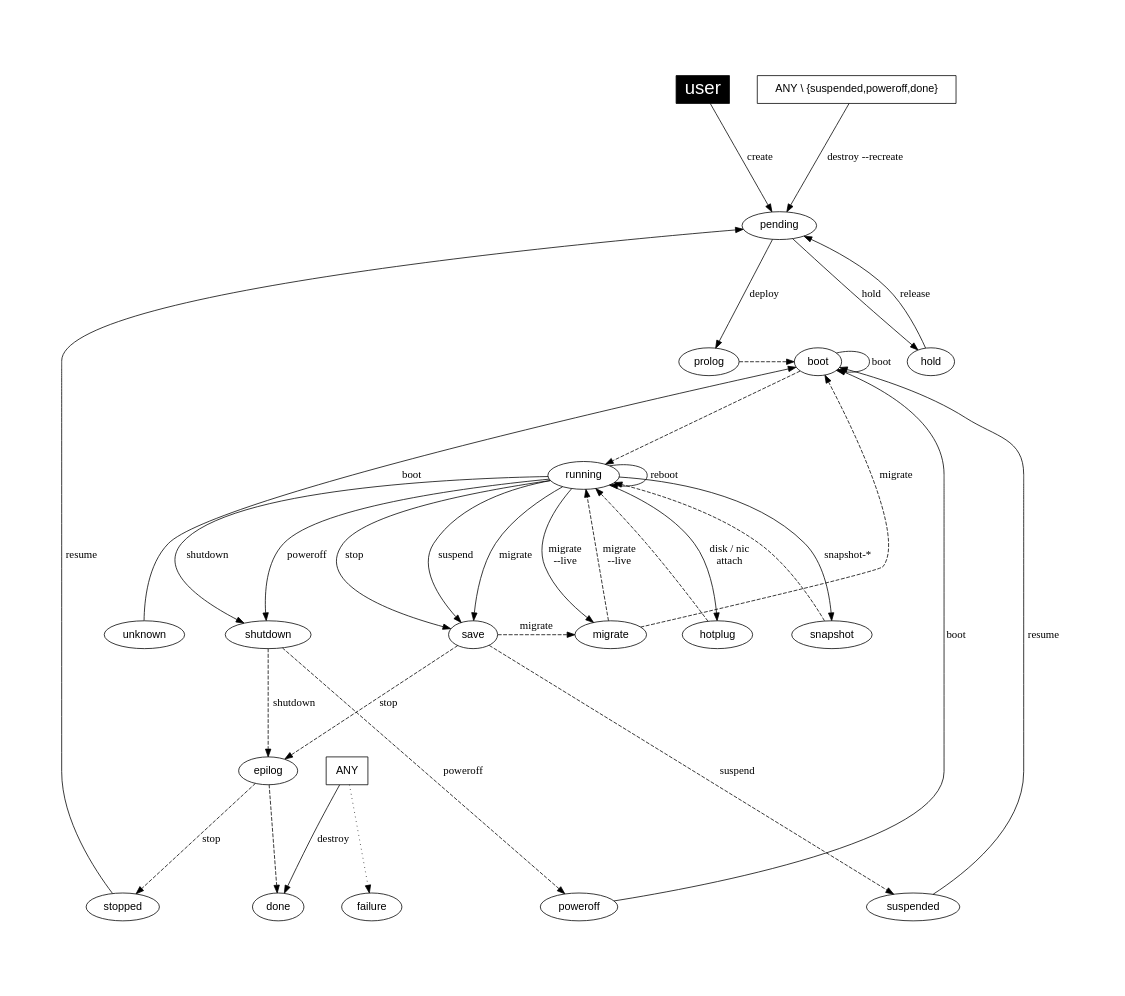
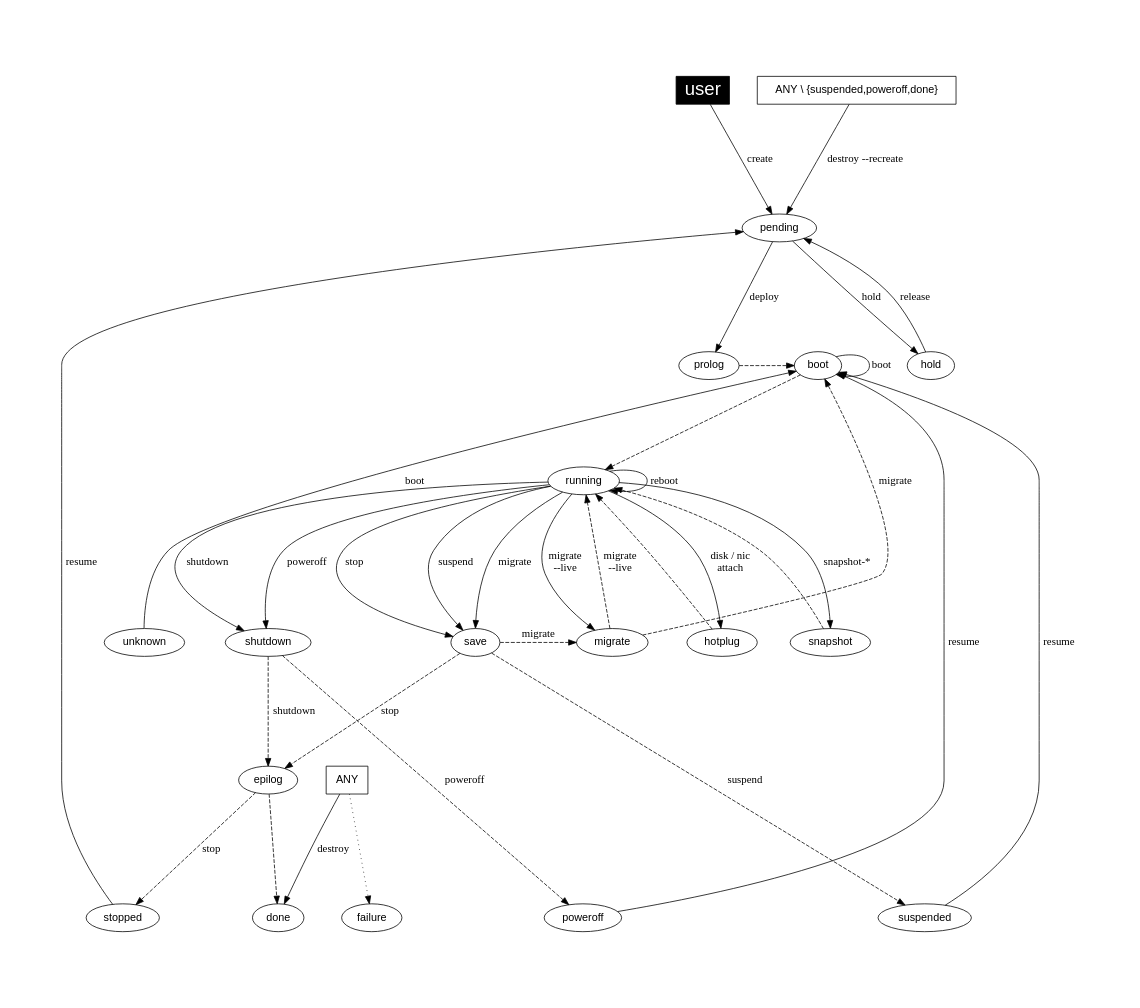
Before and after one commit to OpenNebula/one: the diagram in share/doc/states/states-simple.dot, drawn with Graphviz. The commit also changed 3 other files, not shown here.

Commit message:
Feature #1797: The action to wake up a poweroff VM is now 'resume'

```diff
--- a/share/doc/states/states-simple.dot
+++ b/share/doc/states/states-simple.dot
@@ -1,98 +1,98 @@
 
 
 digraph OpenNebula {
     graph [
         nodesep= 0.5,
         ratio=1,
         pad=1,
     ];
 
     node [fontname="Helvetica"];
     edge [fontname="Menlo"];
     
     user [
         fillcolor="black",
         style="filled", shape="box",
         fontcolor="white", fontsize= "24.0"];
 
     ANY [ shape="box" ];
     "ANY \\ {suspended,poweroff,done}" [ shape="box" ];
 
     subgraph { rank = min; user}
 #    subgraph { rank = same; pending; hold; color="white"}
     subgraph { rank = same; prolog; boot; color="white" }
     subgraph { rank = same; migrate; save; shutdown; unknown; hotplug; snapshot;
         color="white" }
     subgraph { rank = max; suspended; done; failure; stopped; poweroff; color="white" }
 
 #   create
     user -> pending [label="create"];
 
 #   deploy
     pending     -> prolog [label="deploy"];
     prolog      -> boot [style="dashed"];
     boot        -> running [style="dashed"];
 
 #   shutdown
     running     -> shutdown [label="shutdown"];
     shutdown    -> epilog [label="shutdown", style="dashed"];
     epilog      -> done [style="dashed"];
 
 #   poweroff
     running     -> shutdown [label="poweroff"];
     shutdown    -> poweroff [label="poweroff", style="dashed"];
 
 #   livemigrate
     running     -> migrate [label="migrate\n--live"];
     migrate     -> running [label="migrate\n--live", style="dashed"];
 
 #   migrate
     running     -> save [label="migrate"];
     save        -> migrate [label="migrate", style="dashed"];
     migrate     -> boot [label="migrate", style="dashed"];
 
 #   hold
     pending     -> hold [label="hold"];
 
 #   release
     hold        -> pending [label="release"];
 
 #   stop
     running     -> save [label="stop"];
     save        -> epilog [label="stop", style="dashed"];
     epilog      -> stopped [label="stop", style="dashed"];
 
 #   suspend
     running     -> save [label="suspend"];
     save        -> suspended [label="suspend", style="dashed"];
 
 #   resume
     stopped     -> pending [label="resume"];
     suspended   -> boot [label="resume"];
+    poweroff    -> boot [label="resume"];
 
 #   delete
     ANY         -> done [label="destroy"];
 
 #   restart
     unknown     -> boot [label="boot"];
     boot        -> boot [label="boot"];
-    poweroff    -> boot [label="boot"];
 
 #   reboot
     running     -> running [label="reboot"];
 
 #   disk-attach nic-attach
 #    running     -> hotplug [label="disk / nic -\n attach / detach"]
     running     -> hotplug [label="disk / nic\nattach"]
     hotplug     -> running [style="dashed"];
 
 #   snapshot
     running     -> snapshot [label="snapshot-*"]
     snapshot    -> running [style="dashed"];
 
 #   resubmit
     "ANY \\ {suspended,poweroff,done}" -> pending [label="destroy --recreate"];
 
 #   failures and misc.
     ANY         -> failure [style="dotted"];
 }
```
